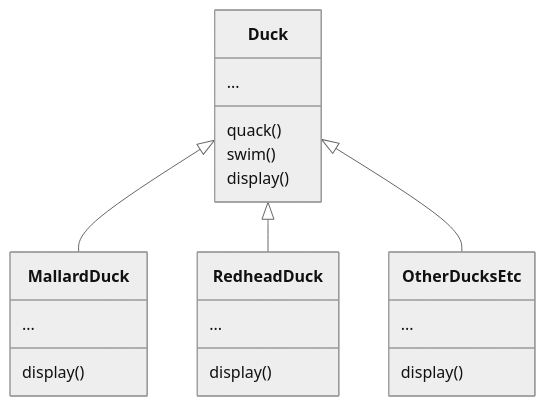
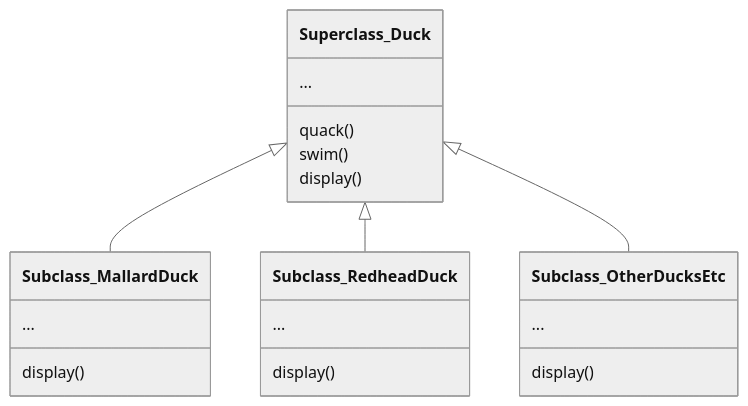
One commit to lisa-lumos/design-patterns changed the first of 4 diagrams in 01-intro.md. Above: the diagram before and after it, drawn with Mermaid (neutral theme). The commit also changed other lines of this file and 1 other file, not shown here.

````diff
--- a/01-intro.md
+++ b/01-intro.md
@@ -6,24 +6,24 @@
 ```mermaid
 classDiagram
-  Duck <|-- MallardDuck
-  Duck <|-- RedheadDuck
-  Duck <|-- OtherDucksEtc
-  class Duck {
+  Superclass_Duck <|-- Subclass_MallardDuck
+  Superclass_Duck <|-- Subclass_RedheadDuck
+  Superclass_Duck <|-- Subclass_OtherDucksEtc
+  class Superclass_Duck {
     ...
     quack()
     swim()
     display()
   }
-  class MallardDuck{
+  class Subclass_MallardDuck{
     ...
     display()
   }
-  class RedheadDuck{
+  class Subclass_RedheadDuck{
     ...
     display()
   }
-  class OtherDucksEtc{
+  class Subclass_OtherDucksEtc{
     ...
     display()
   }
 ```
````
